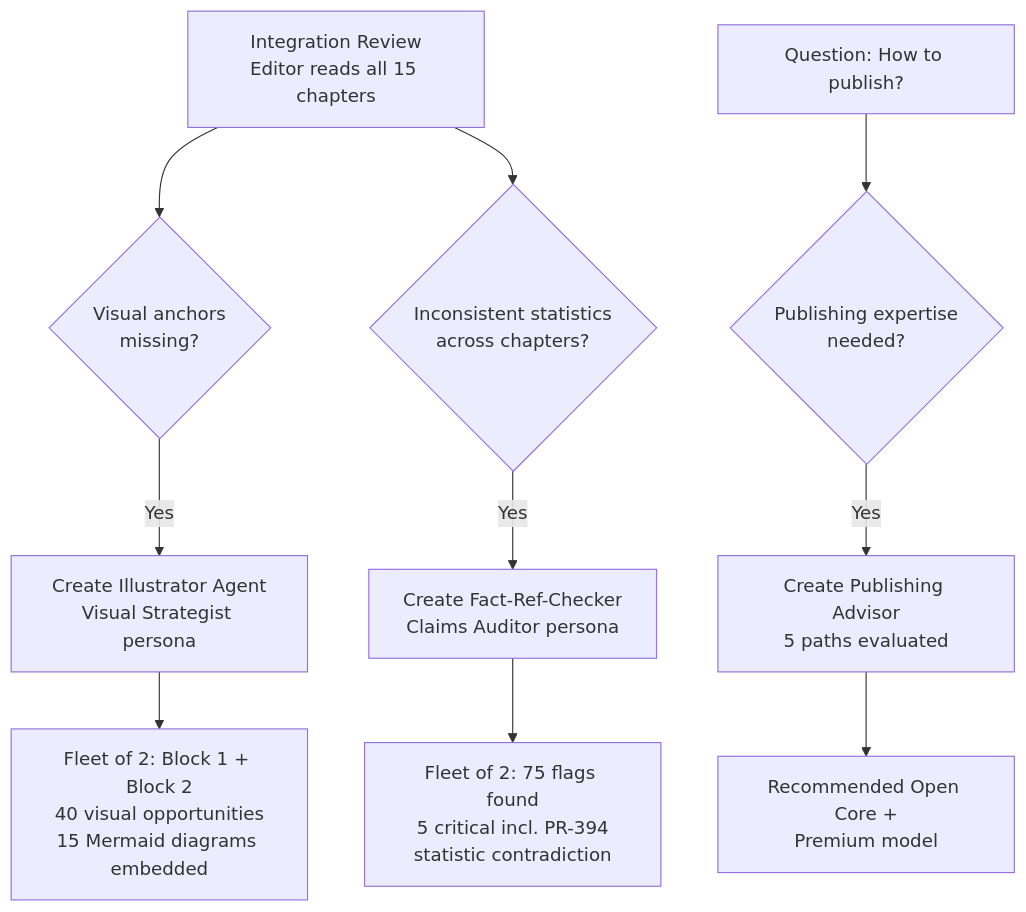
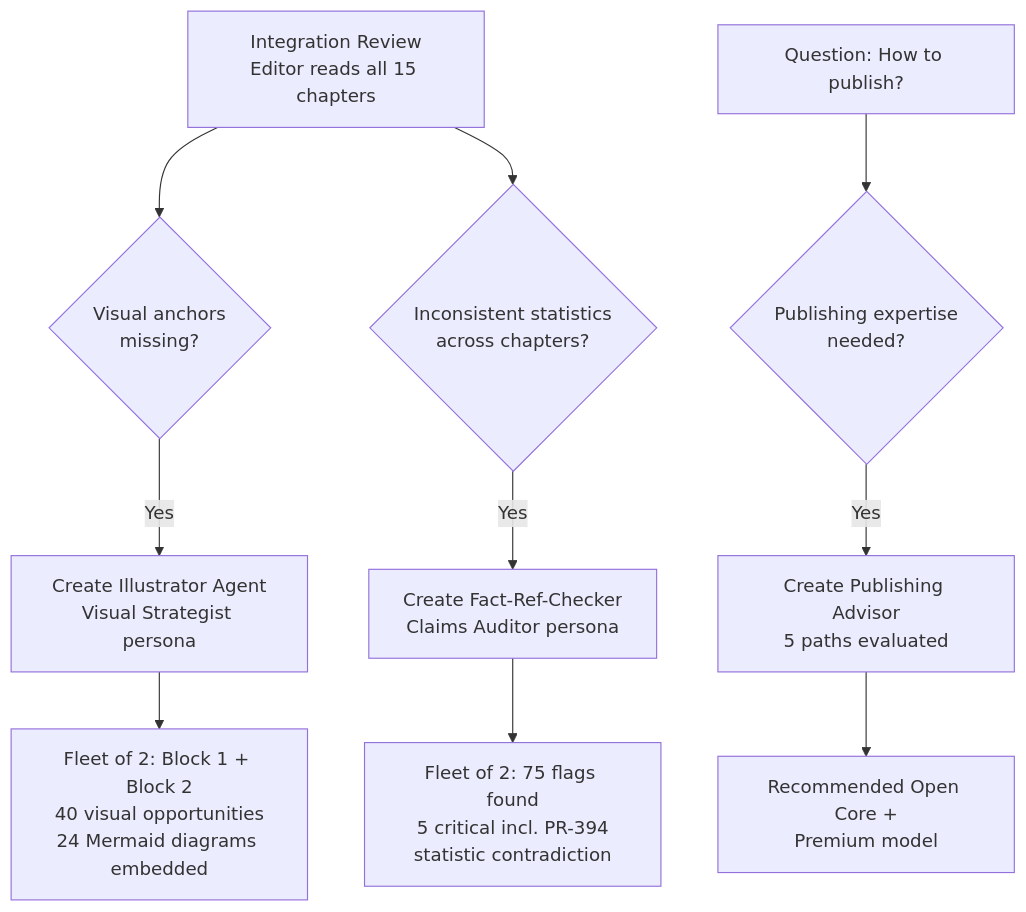
One commit to danielmeppiel/agentic-sdlc-handbook changed the fourth of 4 diagrams in case-study-handbook-writing.qmd. Above: the diagram before and after it, drawn with Mermaid. The commit also changed other lines of this file and 8 other files, not shown here.

````diff
--- a/case-study-handbook-writing.qmd
+++ b/case-study-handbook-writing.qmd
@@ -168,19 +172,19 @@
 ```{mermaid}
 %%| fig-width: 4.5
 %%| fig-cap: "Dynamic persona creation in response to process gaps"
-%%| fig-alt: "Flowchart showing three process gaps that triggered dynamic persona creation. First path: Integration Review where editor reads all 15 chapters leads to a decision node asking if visual anchors are missing. Yes leads to creating the Illustrator Agent (Visual Strategist persona), which produces a fleet of 2 agents finding 40 visual opportunities and embedding 15 Mermaid diagrams. Second path: Integration Review leads to a decision node asking if inconsistent statistics exist across chapters. Yes leads to creating the Fact-Ref-Checker (Claims Auditor persona), which produces a fleet of 2 agents finding 75 flags including 5 critical ones. Third path: The question 'How to publish?' leads to a decision node asking if publishing expertise is needed. Yes leads to creating the Publishing Advisor, which evaluates 5 paths and recommends Open Core plus Premium model."
+%%| fig-alt: "Flowchart showing three process gaps that triggered dynamic persona creation. First path: Integration Review where editor reads all 15 chapters leads to a decision node asking if visual anchors are missing. Yes leads to creating the Illustrator Agent (Visual Strategist persona), which produces a fleet of 2 agents finding 40 visual opportunities and embedding 24 Mermaid diagrams. Second path: Integration Review leads to a decision node asking if inconsistent statistics exist across chapters. Yes leads to creating the Fact-Ref-Checker (Claims Auditor persona), which produces a fleet of 2 agents finding 75 flags including 5 critical ones. Third path: The question 'How to publish?' leads to a decision node asking if publishing expertise is needed. Yes leads to creating the Publishing Advisor, which evaluates 5 paths and recommends Open Core plus Premium model."
 %%| label: fig-cs-dynamic-personas
 flowchart TD
     A[Integration Review<br/>Editor reads all 15 chapters] --> B{Visual anchors<br/>missing?}
     B -->|Yes| C[Create Illustrator Agent<br/>Visual Strategist persona]
-    C --> D[Fleet of 2: Block 1 + Block 2<br/>40 visual opportunities<br/>15 Mermaid diagrams embedded]
+    C --> D[Fleet of 2: Block 1 + Block 2<br/>40 visual opportunities<br/>24 Mermaid diagrams embedded]
 
     A --> E{Inconsistent statistics<br/>across chapters?}
     E -->|Yes| F[Create Fact-Ref-Checker<br/>Claims Auditor persona]
     F --> G[Fleet of 2: 75 flags found<br/>5 critical incl. PR-394<br/>statistic contradiction]
 
     H[Question: How to publish?] --> I{Publishing expertise<br/>needed?}
     I -->|Yes| J[Create Publishing Advisor<br/>5 paths evaluated]
     J --> K[Recommended Open Core +<br/>Premium model]
 
 ```
````
